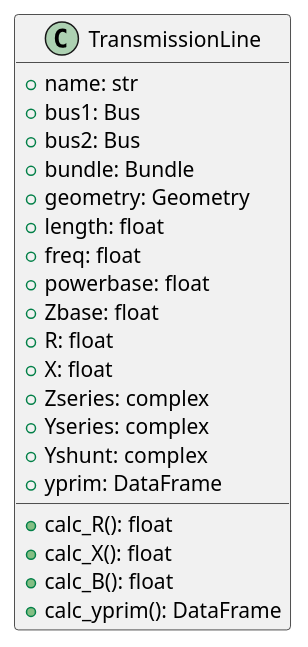
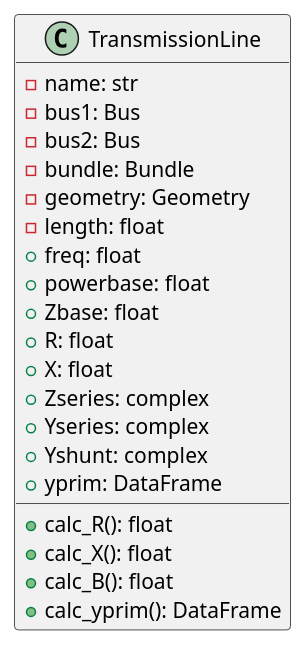
The tenth of 10 diagrams in project2.plantuml (JLipnerPitt/ECE2774-ADV-POWER-SYSTEMS-ANALYSIS), drawn with PlantUML before and after one commit. The commit also changed other lines of this file, not shown here.

```diff
--- a/project2.plantuml
+++ b/project2.plantuml
@@ -137,24 +152,24 @@
 @startuml TransmissionLine
 class TransmissionLine {
-    +name: str
-    +bus1: Bus
-    +bus2: Bus
-    +bundle: Bundle
-    +geometry: Geometry
-    +length: float
+    -name: str
+    -bus1: Bus
+    -bus2: Bus
+    -bundle: Bundle
+    -geometry: Geometry
+    -length: float
     +freq: float
     +powerbase: float
     +Zbase: float
     +R: float
     +X: float
     +Zseries: complex
     +Yseries: complex
     +Yshunt: complex
     +yprim: DataFrame
 
     +calc_R(): float
     +calc_X(): float
     +calc_B(): float
     +calc_yprim(): DataFrame
 }
 @enduml
```
